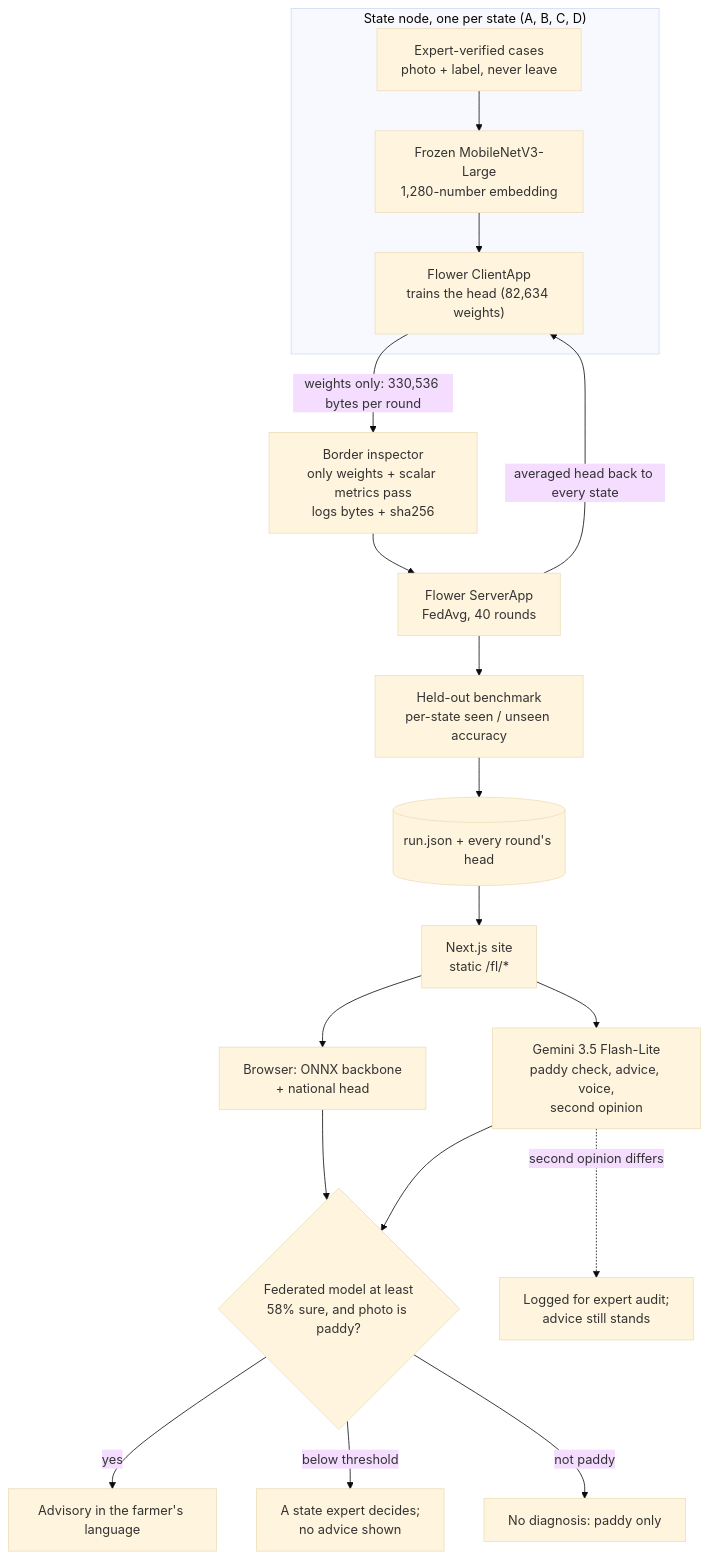
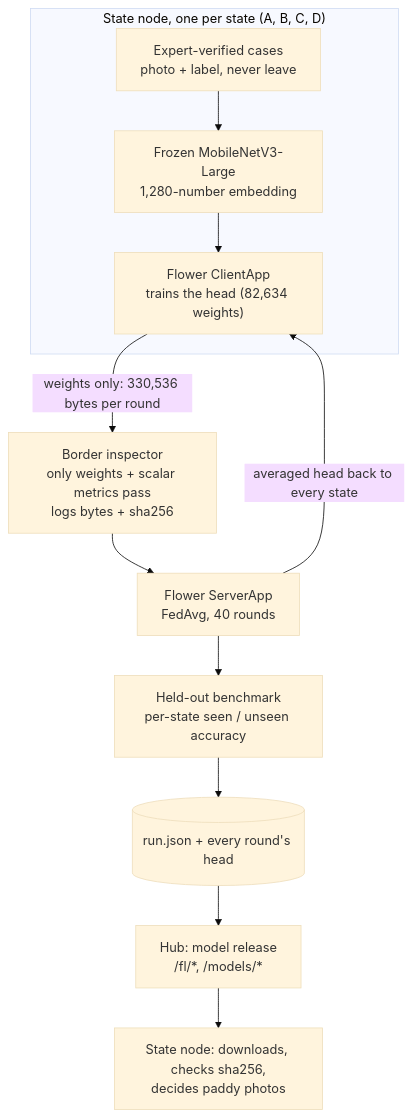
The second of 2 diagrams in README.md (uttamchandel/saajha), drawn with Mermaid (base theme) before and after one commit. The commit also changed other lines of this file and 4 other files, not shown here.

Commit message:
Hub: 'the network, live' section and state-node link; README for the combined system

````diff
--- a/README.md
+++ b/README.md
@@ -36,21 +77,14 @@
 ```mermaid
 flowchart TB
   subgraph statenode["State node, one per state (A, B, C, D)"]
     IMG["Expert-verified cases<br/>photo + label, never leave"] --> BB["Frozen MobileNetV3-Large<br/>1,280-number embedding"]
     BB --> CL["Flower ClientApp<br/>trains the head (82,634 weights)"]
   end
   CL -- "weights only: 330,536 bytes per round" --> INS["Border inspector<br/>only weights + scalar metrics pass<br/>logs bytes + sha256"]
   INS --> SRV["Flower ServerApp<br/>FedAvg, 40 rounds"]
   SRV -- "averaged head back to every state" --> CL
   SRV --> EV["Held-out benchmark<br/>per-state seen / unseen accuracy"]
   EV --> RUN[("run.json + every round's head")]
-  RUN --> WEB["Next.js site<br/>static /fl/*"]
-  WEB --> BR["Browser: ONNX backbone<br/>+ national head"]
-  WEB --> GEM["Gemini 3.5 Flash-Lite<br/>paddy check, advice, voice,<br/>second opinion"]
-  BR --> GATE{"Federated model at least<br/>58% sure, and photo is paddy?"}
-  GEM --> GATE
-  GATE -- yes --> ADV["Advisory in the farmer's language"]
-  GATE -- "below threshold" --> TKT["A state expert decides;<br/>no advice shown"]
-  GATE -- "not paddy" --> NP["No diagnosis: paddy only"]
-  GEM -. "second opinion differs" .-> AUD["Logged for expert audit;<br/>advice still stands"]
+  RUN --> REL["Hub: model release<br/>/fl/*, /models/*"]
+  REL --> NODE["State node: downloads, checks sha256,<br/>decides paddy photos"]
 ```
````
